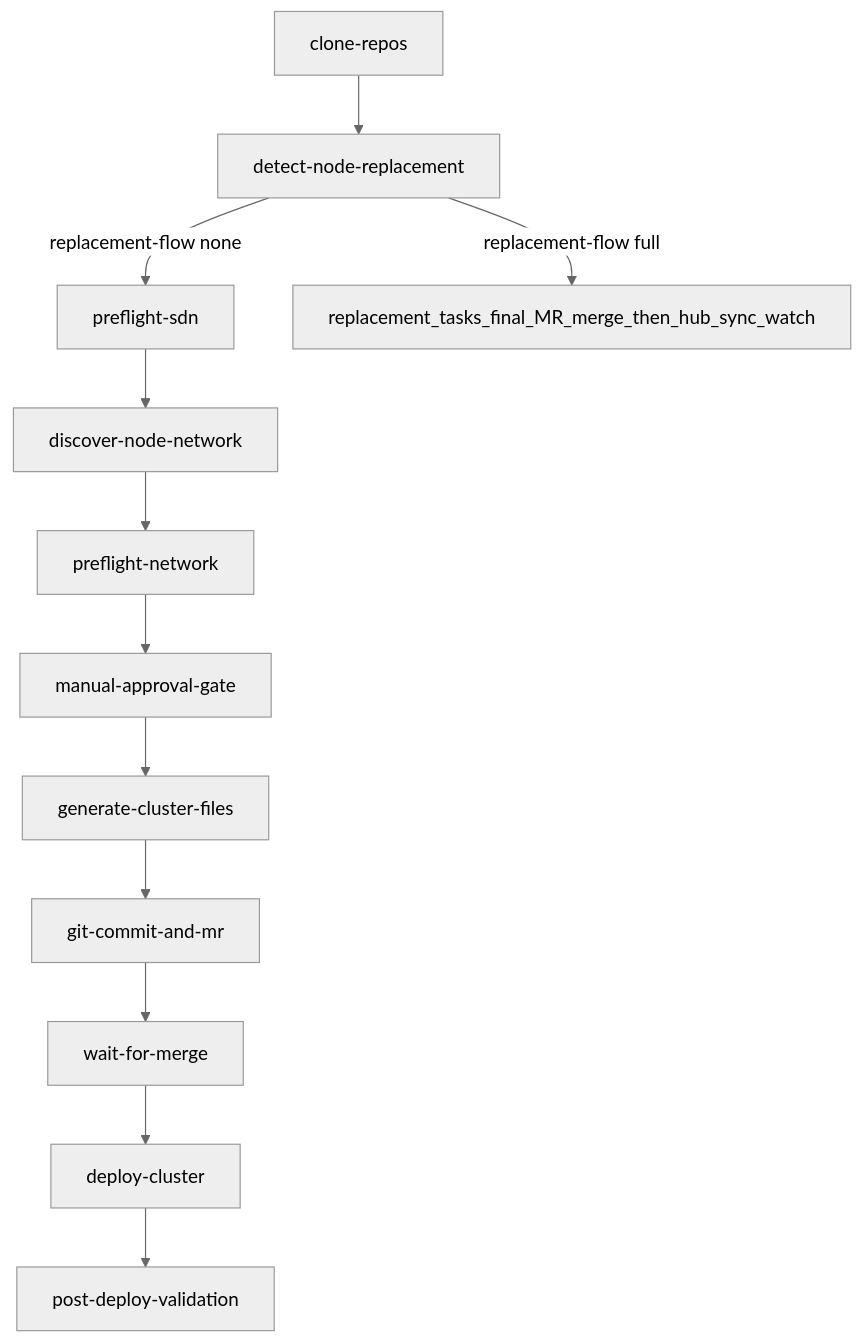
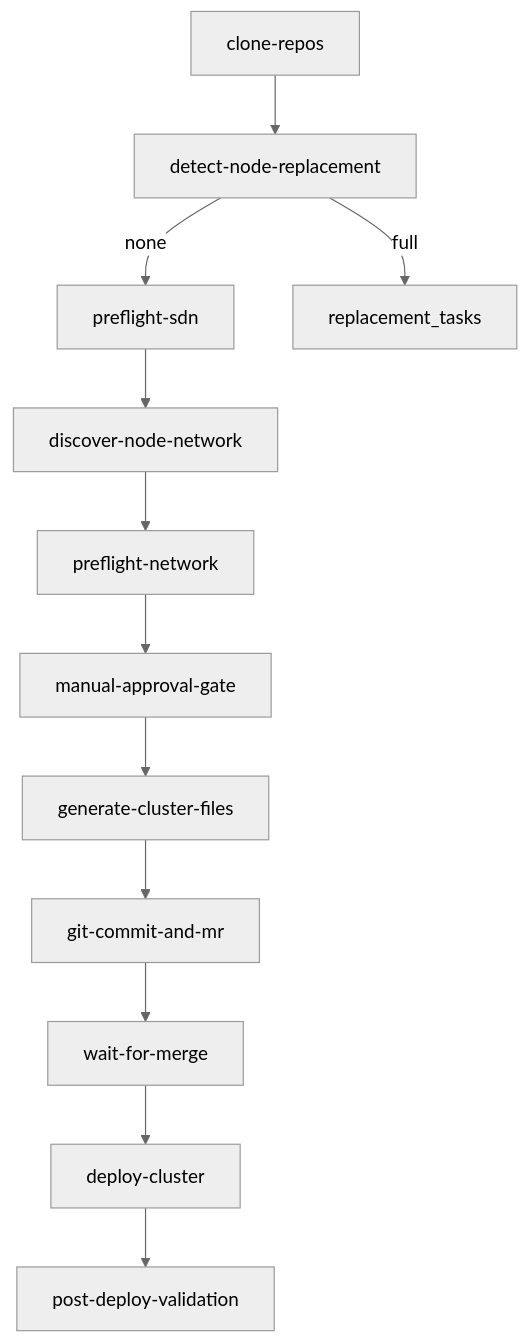
The first of 4 diagrams in cluster-automation/README.md (aprincipRedhat/rh-summit-gitops-tmobile), drawn with Mermaid (neutral theme) before and after one commit. The commit also changed other lines of this file and 29 other files, not shown here.

````diff
--- a/cluster-automation/README.md
+++ b/cluster-automation/README.md
@@ -25,14 +16,14 @@
 ```mermaid
 flowchart TD
   A[clone-repos] --> D[detect-node-replacement]
-  D -->|replacement-flow none| B[preflight-sdn]
+  D -->|none| B[preflight-sdn]
   B --> C[discover-node-network]
   C --> E[preflight-network]
   E --> F[manual-approval-gate]
   F --> G[generate-cluster-files]
   G --> H[git-commit-and-mr]
   H --> I[wait-for-merge]
   I --> J[deploy-cluster]
   J --> K[post-deploy-validation]
-  D -->|replacement-flow full| R[replacement_tasks_final_MR_merge_then_hub_sync_watch]
+  D -->|full| R[replacement_tasks]
 ```
````
